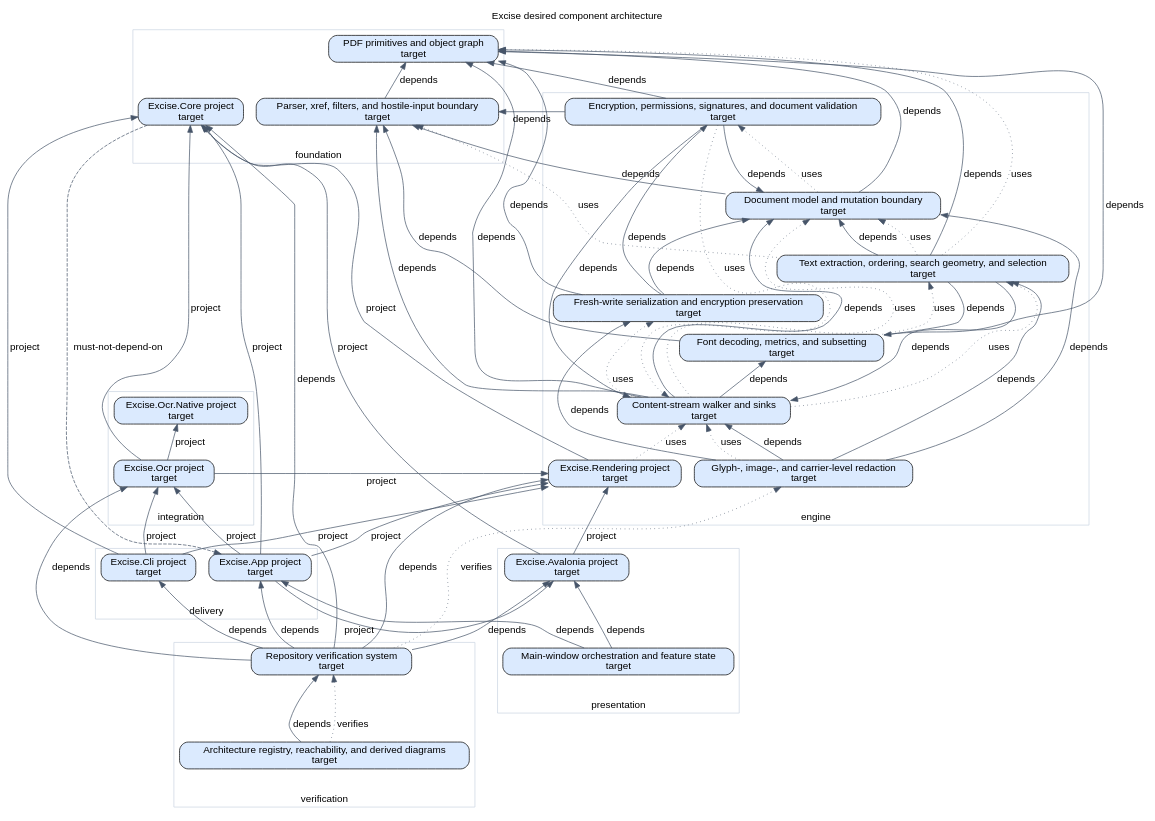
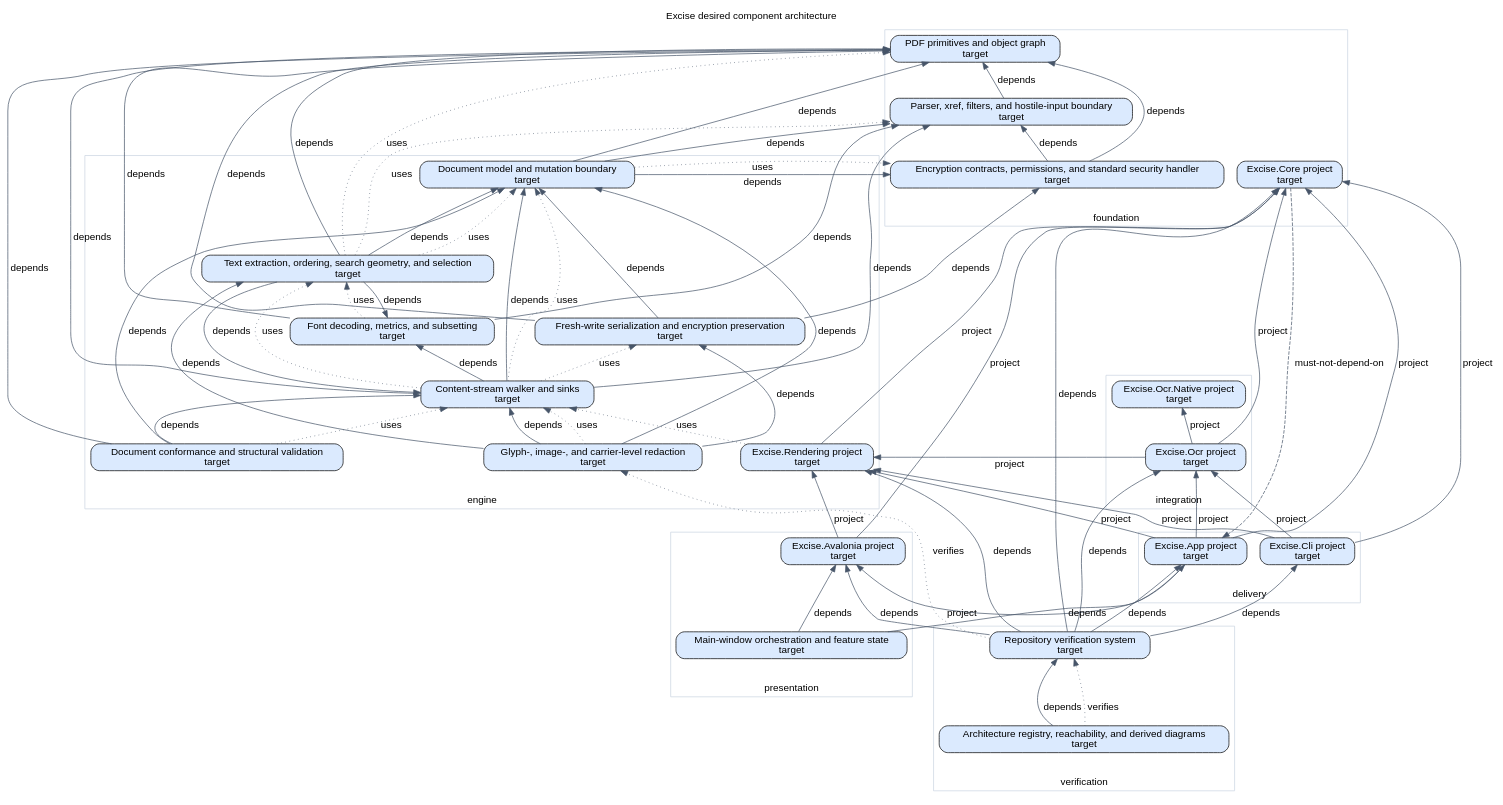
Before and after one commit to marctjones/excise: the diagram in architecture/generated/target-components.dot, drawn with Graphviz. The commit also changed 17 other files, not shown here.

Commit message:
refactor(core): separate encryption from validation (#1317)

```diff
--- a/architecture/generated/target-components.dot
+++ b/architecture/generated/target-components.dot
@@ -1,109 +1,112 @@
 // Generated by scripts/check_architecture_registry.py. Do not edit by hand.
 digraph excise_architecture {
   graph [rankdir=BT, fontname="Helvetica", labelloc=t, label="Excise desired component architecture"];
   node [shape=box, style="rounded,filled", fontname="Helvetica"];
   edge [fontname="Helvetica", color="#475569"];
   subgraph cluster_delivery {
     label="delivery";
     color="#cbd5e1";
     "app" [label="Excise.App project\ntarget", fillcolor="#dbeafe"];
     "cli" [label="Excise.Cli project\ntarget", fillcolor="#dbeafe"];
   }
   subgraph cluster_engine {
     label="engine";
     color="#cbd5e1";
     "core-content" [label="Content-stream walker and sinks\ntarget", fillcolor="#dbeafe"];
     "core-document" [label="Document model and mutation boundary\ntarget", fillcolor="#dbeafe"];
     "core-fonts" [label="Font decoding, metrics, and subsetting\ntarget", fillcolor="#dbeafe"];
     "core-redaction" [label="Glyph-, image-, and carrier-level redaction\ntarget", fillcolor="#dbeafe"];
-    "core-security" [label="Encryption, permissions, signatures, and document validation\ntarget", fillcolor="#dbeafe"];
+    "core-security" [label="Document conformance and structural validation\ntarget", fillcolor="#dbeafe"];
     "core-text" [label="Text extraction, ordering, search geometry, and selection\ntarget", fillcolor="#dbeafe"];
     "core-writing" [label="Fresh-write serialization and encryption preservation\ntarget", fillcolor="#dbeafe"];
     "rendering" [label="Excise.Rendering project\ntarget", fillcolor="#dbeafe"];
   }
   subgraph cluster_foundation {
     label="foundation";
     color="#cbd5e1";
     "core" [label="Excise.Core project\ntarget", fillcolor="#dbeafe"];
+    "core-encryption" [label="Encryption contracts, permissions, and standard security handler\ntarget", fillcolor="#dbeafe"];
     "core-parsing" [label="Parser, xref, filters, and hostile-input boundary\ntarget", fillcolor="#dbeafe"];
     "core-primitives" [label="PDF primitives and object graph\ntarget", fillcolor="#dbeafe"];
   }
   subgraph cluster_integration {
     label="integration";
     color="#cbd5e1";
     "ocr" [label="Excise.Ocr project\ntarget", fillcolor="#dbeafe"];
     "ocr-native" [label="Excise.Ocr.Native project\ntarget", fillcolor="#dbeafe"];
   }
   subgraph cluster_presentation {
     label="presentation";
     color="#cbd5e1";
     "app-main-window" [label="Main-window orchestration and feature state\ntarget", fillcolor="#dbeafe"];
     "avalonia" [label="Excise.Avalonia project\ntarget", fillcolor="#dbeafe"];
   }
   subgraph cluster_verification {
     label="verification";
     color="#cbd5e1";
     "architecture-tooling" [label="Architecture registry, reachability, and derived diagrams\ntarget", fillcolor="#dbeafe"];
     "verification" [label="Repository verification system\ntarget", fillcolor="#dbeafe"];
   }
   "app" -> "avalonia" [label="project", style="solid"];
   "app" -> "core" [label="project", style="solid"];
   "app" -> "ocr" [label="project", style="solid"];
   "app" -> "rendering" [label="project", style="solid"];
   "app-main-window" -> "app" [label="depends", style="solid"];
   "app-main-window" -> "avalonia" [label="depends", style="solid"];
   "architecture-tooling" -> "verification" [label="depends", style="solid"];
   "architecture-tooling" -> "verification" [label="verifies", style="dotted"];
   "avalonia" -> "core" [label="project", style="solid"];
   "avalonia" -> "rendering" [label="project", style="solid"];
   "cli" -> "core" [label="project", style="solid"];
   "cli" -> "ocr" [label="project", style="solid"];
   "cli" -> "rendering" [label="project", style="solid"];
   "core" -> "app" [label="must-not-depend-on", style="dashed"];
   "core-content" -> "core-document" [label="depends", style="solid"];
   "core-content" -> "core-document" [label="uses", style="dotted"];
   "core-content" -> "core-fonts" [label="depends", style="solid"];
   "core-content" -> "core-parsing" [label="depends", style="solid"];
   "core-content" -> "core-primitives" [label="depends", style="solid"];
   "core-content" -> "core-text" [label="uses", style="dotted"];
   "core-content" -> "core-writing" [label="uses", style="dotted"];
+  "core-document" -> "core-encryption" [label="depends", style="solid"];
+  "core-document" -> "core-encryption" [label="uses", style="dotted"];
   "core-document" -> "core-parsing" [label="depends", style="solid"];
   "core-document" -> "core-primitives" [label="depends", style="solid"];
-  "core-document" -> "core-security" [label="uses", style="dotted"];
+  "core-encryption" -> "core-parsing" [label="depends", style="solid"];
+  "core-encryption" -> "core-primitives" [label="depends", style="solid"];
   "core-fonts" -> "core-parsing" [label="depends", style="solid"];
   "core-fonts" -> "core-primitives" [label="depends", style="solid"];
   "core-fonts" -> "core-text" [label="uses", style="dotted"];
   "core-parsing" -> "core-primitives" [label="depends", style="solid"];
   "core-redaction" -> "core-content" [label="depends", style="solid"];
   "core-redaction" -> "core-content" [label="uses", style="dotted"];
   "core-redaction" -> "core-document" [label="depends", style="solid"];
   "core-redaction" -> "core-text" [label="depends", style="solid"];
   "core-redaction" -> "core-writing" [label="depends", style="solid"];
   "core-security" -> "core-content" [label="depends", style="solid"];
   "core-security" -> "core-content" [label="uses", style="dotted"];
   "core-security" -> "core-document" [label="depends", style="solid"];
-  "core-security" -> "core-parsing" [label="depends", style="solid"];
   "core-security" -> "core-primitives" [label="depends", style="solid"];
   "core-text" -> "core-content" [label="depends", style="solid"];
   "core-text" -> "core-document" [label="depends", style="solid"];
   "core-text" -> "core-document" [label="uses", style="dotted"];
   "core-text" -> "core-fonts" [label="depends", style="solid"];
   "core-text" -> "core-parsing" [label="uses", style="dotted"];
   "core-text" -> "core-primitives" [label="depends", style="solid"];
   "core-text" -> "core-primitives" [label="uses", style="dotted"];
   "core-writing" -> "core-document" [label="depends", style="solid"];
+  "core-writing" -> "core-encryption" [label="depends", style="solid"];
   "core-writing" -> "core-primitives" [label="depends", style="solid"];
-  "core-writing" -> "core-security" [label="depends", style="solid"];
   "ocr" -> "core" [label="project", style="solid"];
   "ocr" -> "ocr-native" [label="project", style="solid"];
   "ocr" -> "rendering" [label="project", style="solid"];
   "rendering" -> "core" [label="project", style="solid"];
   "rendering" -> "core-content" [label="uses", style="dotted"];
   "verification" -> "app" [label="depends", style="solid"];
   "verification" -> "avalonia" [label="depends", style="solid"];
   "verification" -> "cli" [label="depends", style="solid"];
   "verification" -> "core" [label="depends", style="solid"];
   "verification" -> "core-redaction" [label="verifies", style="dotted"];
   "verification" -> "ocr" [label="depends", style="solid"];
   "verification" -> "rendering" [label="depends", style="solid"];
 }
```
